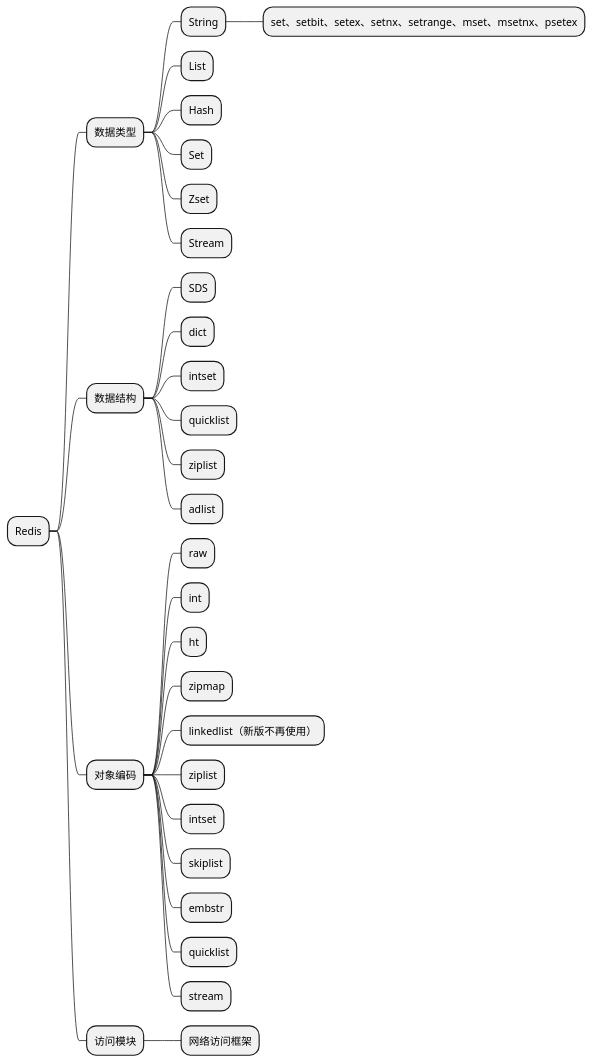
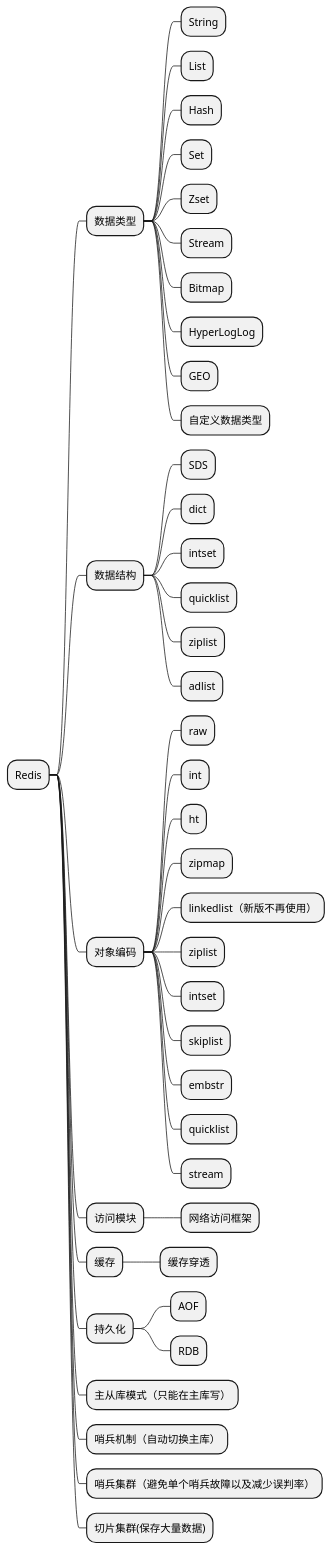
Before and after one commit to liangjunkaili/mybook: the diagram in redis/Redis架构图.puml, drawn with PlantUML. The commit also changed 1 other file, not shown here.

```diff
--- a/redis/Redis架构图.puml
+++ b/redis/Redis架构图.puml
@@ -1,32 +1,44 @@
 @startmindmap
 * Redis
 ** 数据类型
 *** String
-**** set、setbit、setex、setnx、setrange、mset、msetnx、psetex
 *** List
 *** Hash
 *** Set
 *** Zset
 *** Stream
+*** Bitmap
+*** HyperLogLog
+*** GEO
+*** 自定义数据类型
 ** 数据结构
 *** SDS
 *** dict
 *** intset
 *** quicklist
 *** ziplist
 *** adlist
 ** 对象编码
 *** raw
 *** int
 *** ht
 *** zipmap
 *** linkedlist（新版不再使用）
 *** ziplist
 *** intset
 *** skiplist
 *** embstr
 *** quicklist
 *** stream
 ** 访问模块
 *** 网络访问框架
+** 缓存
+*** 缓存穿透
+** 持久化
+*** AOF
+*** RDB
+** 主从库模式（只能在主库写）
+** 哨兵机制（自动切换主库）
+** 哨兵集群（避免单个哨兵故障以及减少误判率）
+** 切片集群(保存大量数据)
 @endmindmap
```
